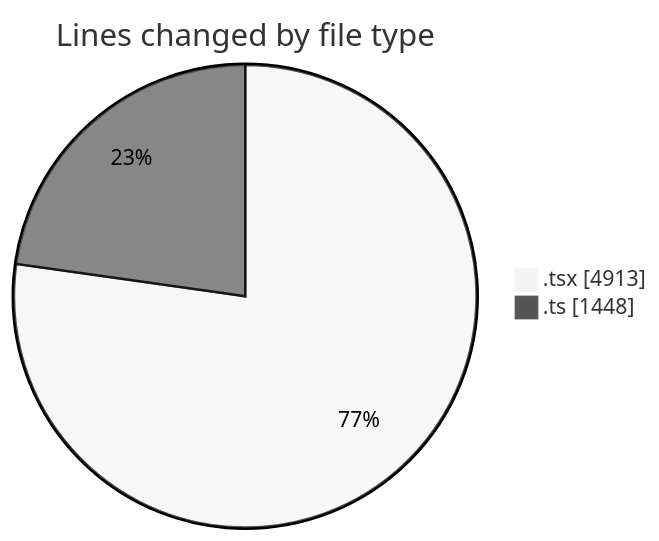
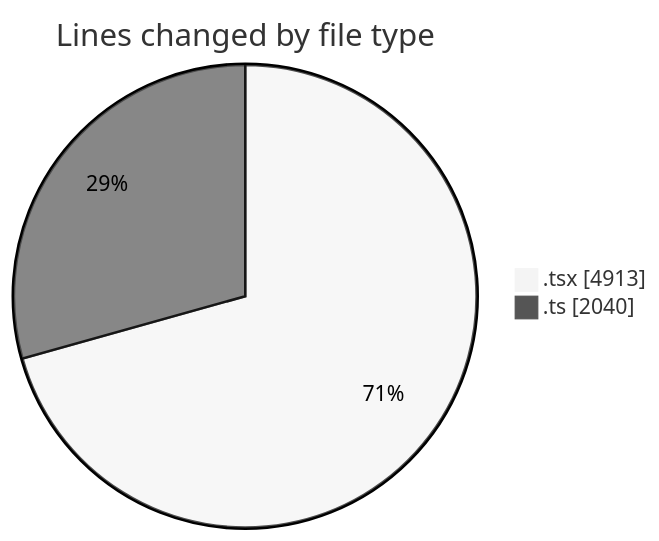
The first of 2 diagrams in 2026-02-26/nxtqube_webapp/README.md (nxtqubesakshisongat/code-tracking), drawn with Mermaid (neutral theme) before and after one commit. The commit also changed other lines of this file and 1 other file, not shown here.

````diff
--- a/2026-02-26/nxtqube_webapp/README.md
+++ b/2026-02-26/nxtqube_webapp/README.md
@@ -32,6 +33,6 @@
 ```mermaid
 pie showData
 title Lines changed by file type
 ".tsx" : 4913
-".ts" : 1448
+".ts" : 2040
 ```
````
